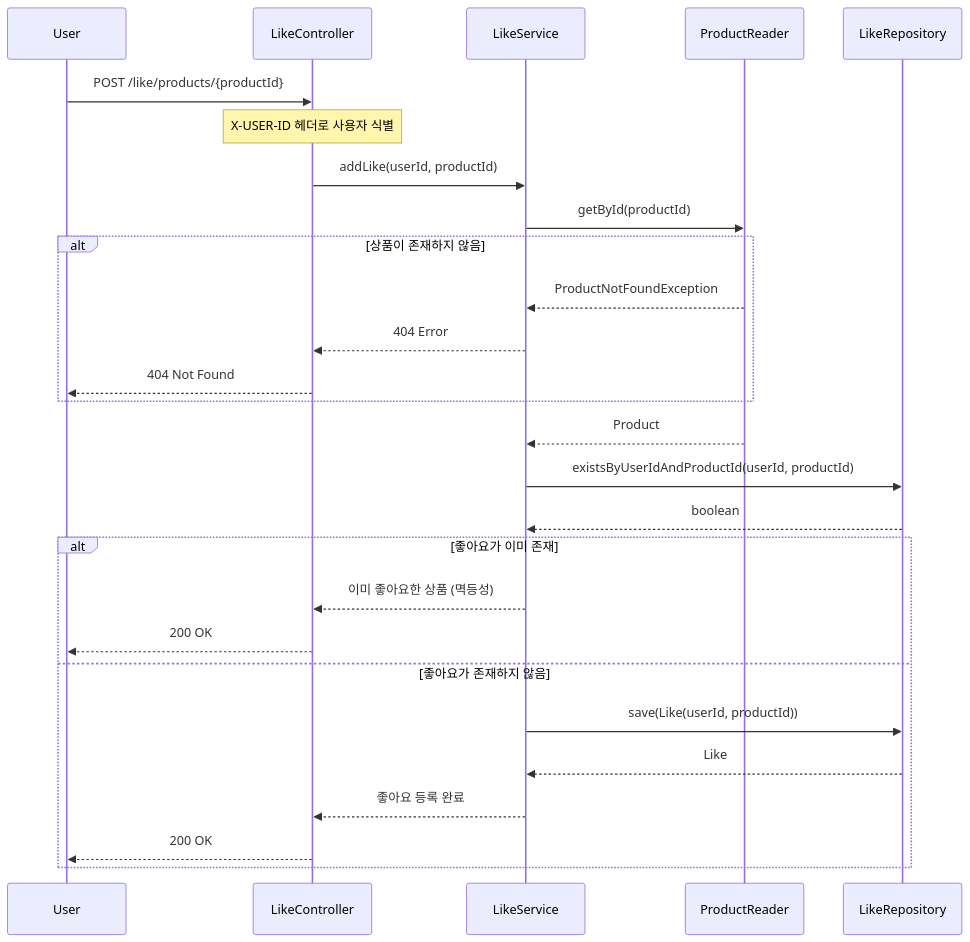
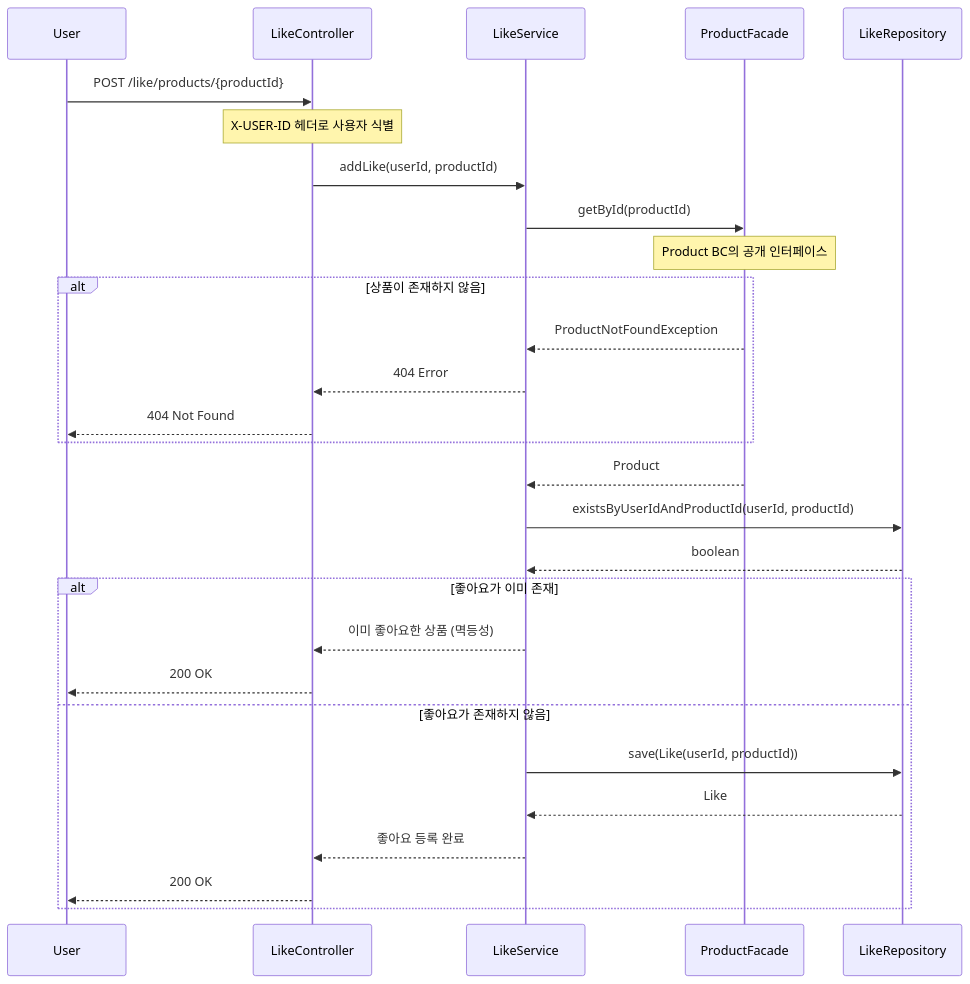
One commit to Loopers-dev-lab/loopers-spring-kotlin-template changed the second of 5 diagrams in .docs/design/02-sequence-diagrams.md. Above: the diagram before and after it, drawn with Mermaid. The commit also changed other lines of this file and 1 other file, not shown here.

Commit message:
refactor: Facade 인터페이스로 Bounded Context 간 경계를 분명하게 나누도록 함

````diff
--- a/.docs/design/02-sequence-diagrams.md
+++ b/.docs/design/02-sequence-diagrams.md
@@ -56,35 +54,36 @@
 ```mermaid
 sequenceDiagram
     participant User
     participant LikeController
     participant LikeService
-    participant ProductReader
+    participant ProductFacade
     participant LikeRepository
 
     User->>LikeController: POST /like/products/{productId}
     Note over LikeController: X-USER-ID 헤더로 사용자 식별
 
     LikeController->>LikeService: addLike(userId, productId)
 
-    LikeService->>ProductReader: getById(productId)
+    LikeService->>ProductFacade: getById(productId)
+    Note over ProductFacade: Product BC의 공개 인터페이스
     alt 상품이 존재하지 않음
-        ProductReader-->>LikeService: ProductNotFoundException
+        ProductFacade-->>LikeService: ProductNotFoundException
         LikeService-->>LikeController: 404 Error
         LikeController-->>User: 404 Not Found
     end
 
-    ProductReader-->>LikeService: Product
+    ProductFacade-->>LikeService: Product
 
     LikeService->>LikeRepository: existsByUserIdAndProductId(userId, productId)
     LikeRepository-->>LikeService: boolean
 
     alt 좋아요가 이미 존재
         LikeService-->>LikeController: 이미 좋아요한 상품 (멱등성)
         LikeController-->>User: 200 OK
     else 좋아요가 존재하지 않음
         LikeService->>LikeRepository: save(Like(userId, productId))
         LikeRepository-->>LikeService: Like
         LikeService-->>LikeController: 좋아요 등록 완료
         LikeController-->>User: 200 OK
     end
 ```
````
